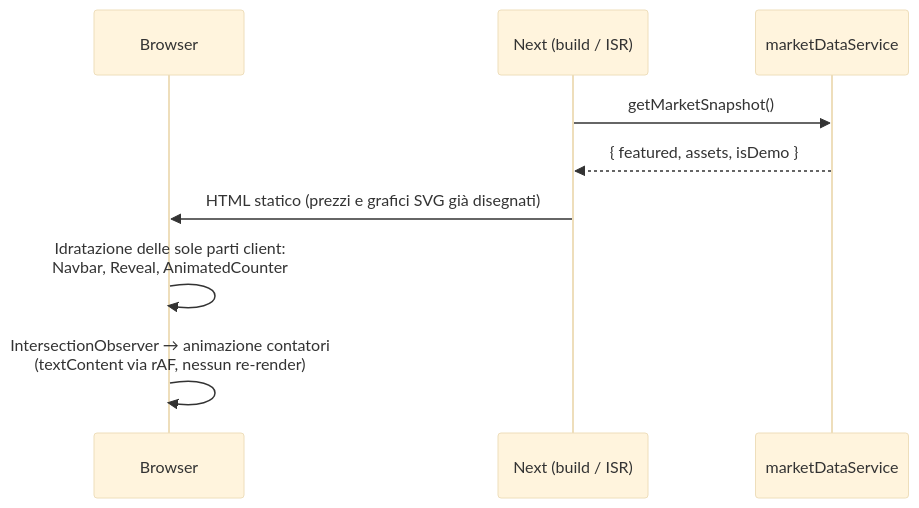
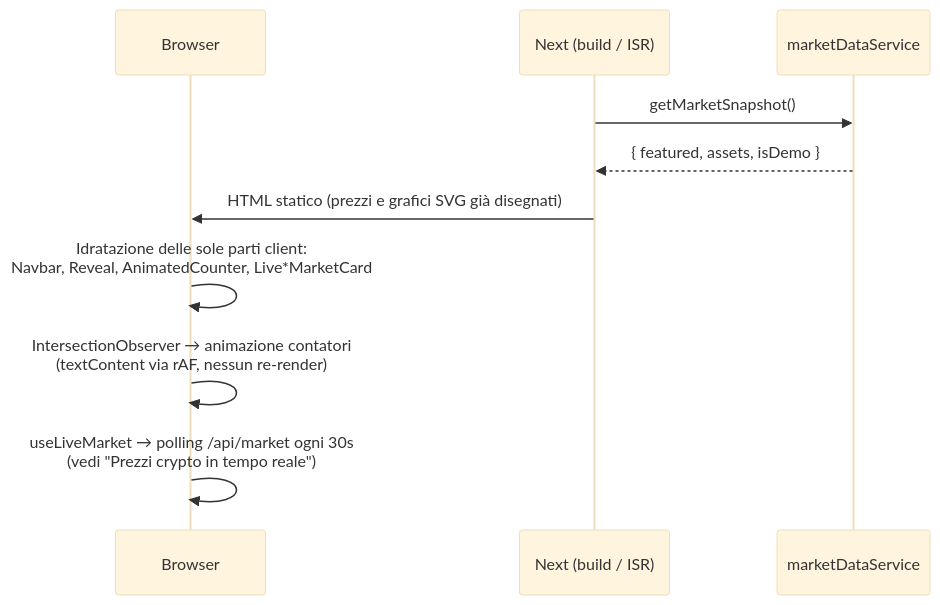
One commit to davide963-ux/cr changed the third of 4 diagrams in README.md. Above: the diagram before and after it, drawn with Mermaid (base theme). The commit also changed other lines of this file and 10 other files, not shown here.

First line of the commit message:
Show real-time crypto prices in cards via CoinGecko + client polling

````diff
--- a/README.md
+++ b/README.md
@@ -57,11 +106,12 @@
 ```mermaid
 sequenceDiagram
     participant B as Browser
     participant N as Next (build / ISR)
     participant S as marketDataService
     N->>S: getMarketSnapshot()
     S-->>N: { featured, assets, isDemo }
     N->>B: HTML statico (prezzi e grafici SVG già disegnati)
-    B->>B: Idratazione delle sole parti client:<br/>Navbar, Reveal, AnimatedCounter
+    B->>B: Idratazione delle sole parti client:<br/>Navbar, Reveal, AnimatedCounter, Live*MarketCard
     B->>B: IntersectionObserver → animazione contatori<br/>(textContent via rAF, nessun re-render)
+    B->>B: useLiveMarket → polling /api/market ogni 30s<br/>(vedi "Prezzi crypto in tempo reale")
 ```
````
